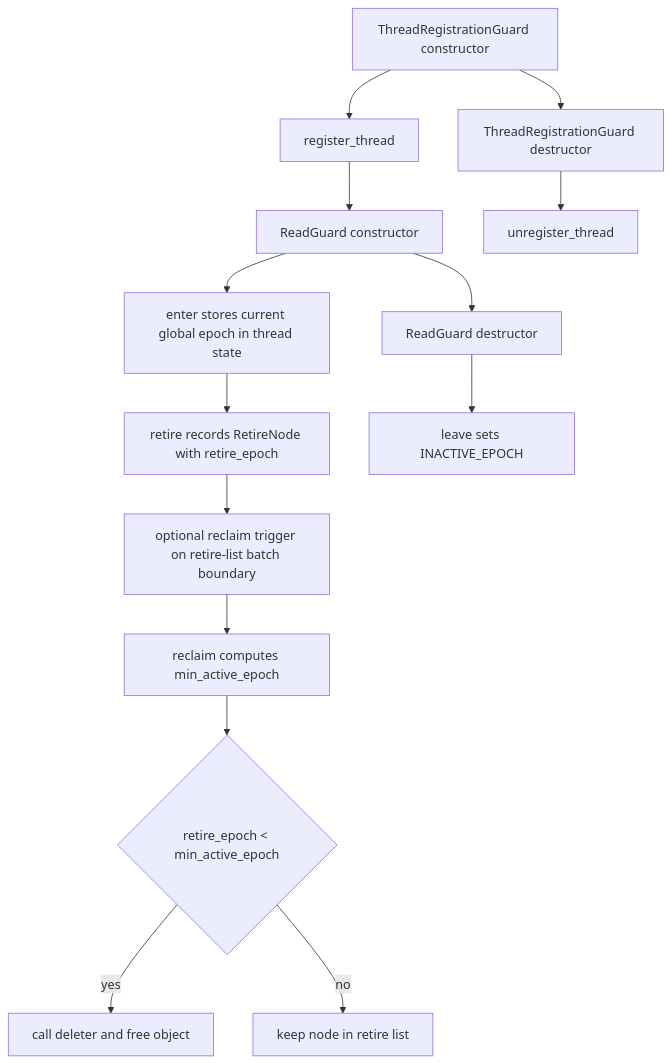
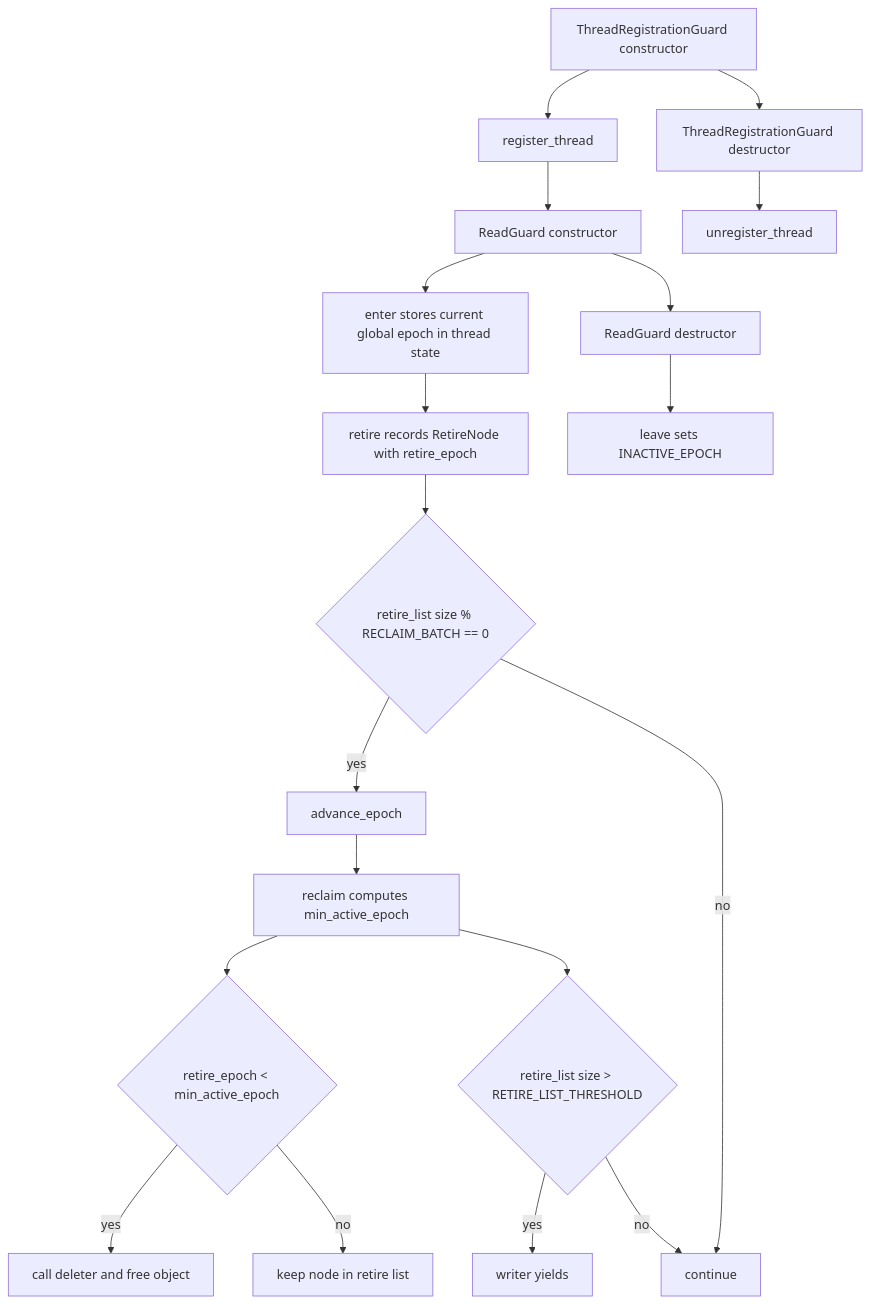
The first of 3 diagrams in docs/architecture/01-epoch-reclamation.md (ankitkr-04/strata-db), drawn with Mermaid before and after one commit. The commit also changed other lines of this file, not shown here.

Commit message:
Document retire_node batching behavior: include automatic epoch advancement and yield-based backpressure for retire lists exceeding threshold

````diff
--- a/docs/architecture/01-epoch-reclamation.md
+++ b/docs/architecture/01-epoch-reclamation.md
@@ -54,16 +55,21 @@
 ```mermaid
 flowchart TD
     A[ThreadRegistrationGuard constructor] --> B[register_thread]
     B --> C[ReadGuard constructor]
     C --> D[enter stores current global epoch in thread state]
     D --> E[retire records RetireNode with retire_epoch]
-    E --> F[optional reclaim trigger on retire-list batch boundary]
-    F --> G[reclaim computes min_active_epoch]
-    G --> H{"retire_epoch < min_active_epoch"}
-    H -- yes --> I[call deleter and free object]
-    H -- no --> J[keep node in retire list]
-    C --> K[ReadGuard destructor]
-    K --> L[leave sets INACTIVE_EPOCH]
-    A --> M[ThreadRegistrationGuard destructor]
-    M --> N[unregister_thread]
+    E --> F{"retire_list size % RECLAIM_BATCH == 0"}
+    F -- yes --> G[advance_epoch]
+    G --> H[reclaim computes min_active_epoch]
+    H --> I{"retire_epoch < min_active_epoch"}
+    I -- yes --> J[call deleter and free object]
+    I -- no --> K[keep node in retire list]
+    H --> L{"retire_list size > RETIRE_LIST_THRESHOLD"}
+    L -- yes --> M[writer yields]
+    L -- no --> N[continue]
+    F -- no --> N
+    C --> R[ReadGuard destructor]
+    R --> S[leave sets INACTIVE_EPOCH]
+    A --> T[ThreadRegistrationGuard destructor]
+    T --> U[unregister_thread]
 ```
````
